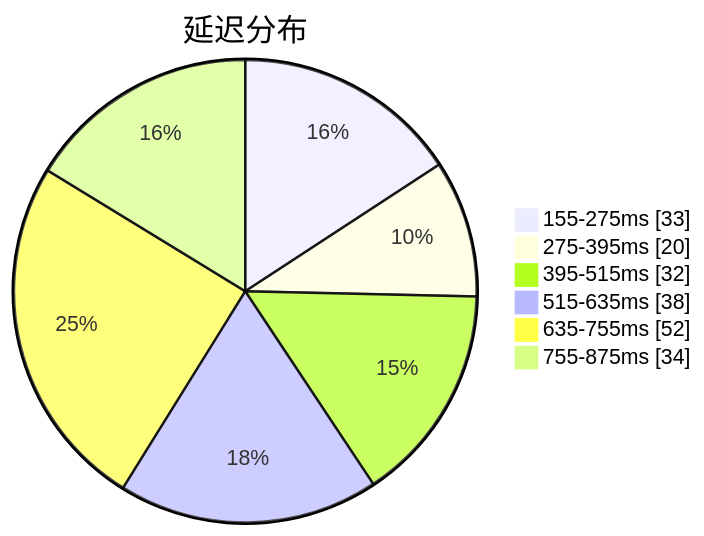
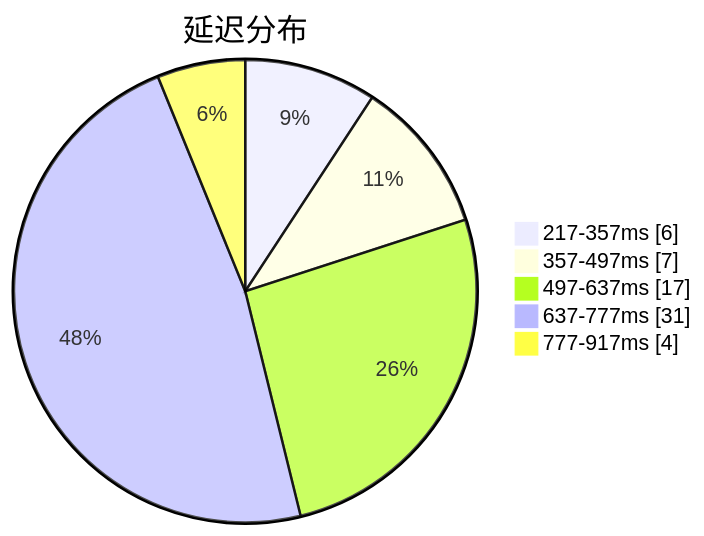
Before and after one commit to qjlxg/airport: the first of 3 diagrams in subs/statistics/tested_within.md, drawn with Mermaid. The commit also changed other lines of this file and 2 other files, not shown here.

````diff
--- a/subs/statistics/tested_within.md
+++ b/subs/statistics/tested_within.md
@@ -2,10 +2,9 @@
 ```mermaid
 pie showData
 title 延迟分布
-"155-275ms" : 33
-"275-395ms" : 20
-"395-515ms" : 32
-"515-635ms" : 38
-"635-755ms" : 52
-"755-875ms" : 34
+"217-357ms" : 6
+"357-497ms" : 7
+"497-637ms" : 17
+"637-777ms" : 31
+"777-917ms" : 4
 ```
````
